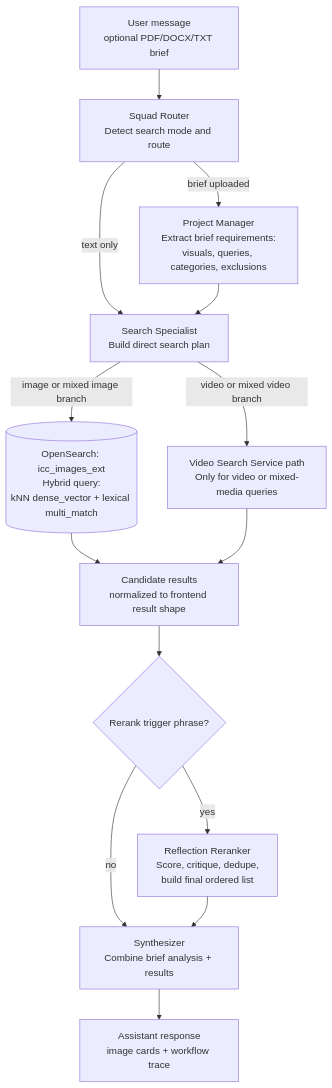
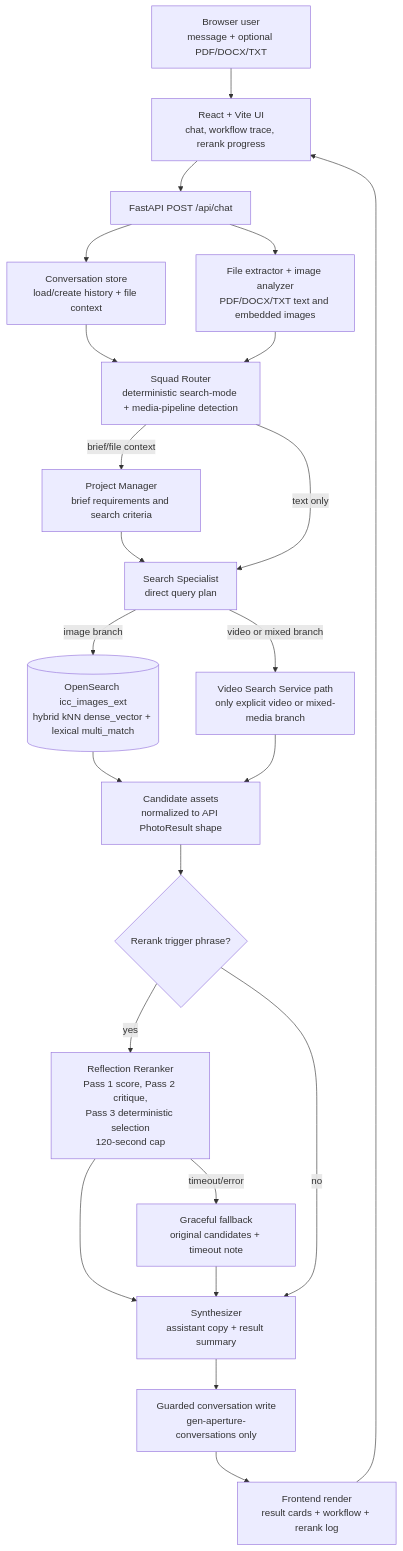
One commit to rajanimaski2486/gen-aperture changed the diagram in README.md. Above: the diagram before and after it, drawn with Mermaid. The commit also changed other lines of this file and 4 other files, not shown here.

Commit message:
docs: update architecture README and diagram

````diff
--- a/README.md
+++ b/README.md
@@ -39,28 +43,32 @@
 ```mermaid
 flowchart TD
-    user["User message<br/>optional PDF/DOCX/TXT brief"]
-    router["Squad Router<br/>Detect search mode and route"]
-    pm["Project Manager<br/>Extract brief requirements:<br/>visuals, queries, categories, exclusions"]
-    search["Search Specialist<br/>Build direct search plan"]
-    imageSearch[("OpenSearch: icc_images_ext<br/>Hybrid query:<br/>kNN dense_vector + lexical multi_match")]
-    videoSearch["Video Search Service path<br/>Only for video or mixed-media queries"]
-    candidates["Candidate results<br/>normalized to frontend result shape"]
+    user["Browser user<br/>message + optional PDF/DOCX/TXT"]
+    frontend["React + Vite UI<br/>chat, workflow trace, rerank progress"]
+    api["FastAPI POST /api/chat"]
+    convLoad["Conversation store<br/>load/create history + file context"]
+    extract["File extractor + image analyzer<br/>PDF/DOCX/TXT text and embedded images"]
+    router["Squad Router<br/>deterministic search-mode + media-pipeline detection"]
+    pm["Project Manager<br/>brief requirements and search criteria"]
+    search["Search Specialist<br/>direct query plan"]
+    imageSearch[("OpenSearch icc_images_ext<br/>hybrid kNN dense_vector + lexical multi_match")]
+    videoSearch["Video Search Service path<br/>only explicit video or mixed-media branch"]
+    candidates["Candidate assets<br/>normalized to API PhotoResult shape"]
     rerankDecision{"Rerank trigger phrase?"}
-    reranker["Reflection Reranker<br/>Score, critique, dedupe,<br/>build final ordered list"]
-    synth["Synthesizer<br/>Combine brief analysis + results"]
-    response["Assistant response<br/>image cards + workflow trace"]
+    reranker["Reflection Reranker<br/>Pass 1 score, Pass 2 critique,<br/>Pass 3 deterministic selection<br/>120-second cap"]
+    fallback["Graceful fallback<br/>original candidates + timeout note"]
+    synth["Synthesizer<br/>assistant copy + result summary"]
+    convWrite["Guarded conversation write<br/>gen-aperture-conversations only"]
+    response["Frontend render<br/>result cards + workflow + rerank log"]
 
-    user --> router
-    router -->|"brief uploaded"| pm
+    user --> frontend --> api --> convLoad --> router
+    api --> extract --> router
+    router -->|"brief/file context"| pm --> search
     router -->|"text only"| search
-    pm --> search
-    search -->|"image or mixed image branch"| imageSearch
-    search -->|"video or mixed video branch"| videoSearch
-    imageSearch --> candidates
-    videoSearch --> candidates
+    search -->|"image branch"| imageSearch --> candidates
+    search -->|"video or mixed branch"| videoSearch --> candidates
     candidates --> rerankDecision
-    rerankDecision -->|"yes"| reranker
+    rerankDecision -->|"yes"| reranker --> synth
+    reranker -->|"timeout/error"| fallback --> synth
     rerankDecision -->|"no"| synth
-    reranker --> synth
-    synth --> response
+    synth --> convWrite --> response --> frontend
 ```
````
